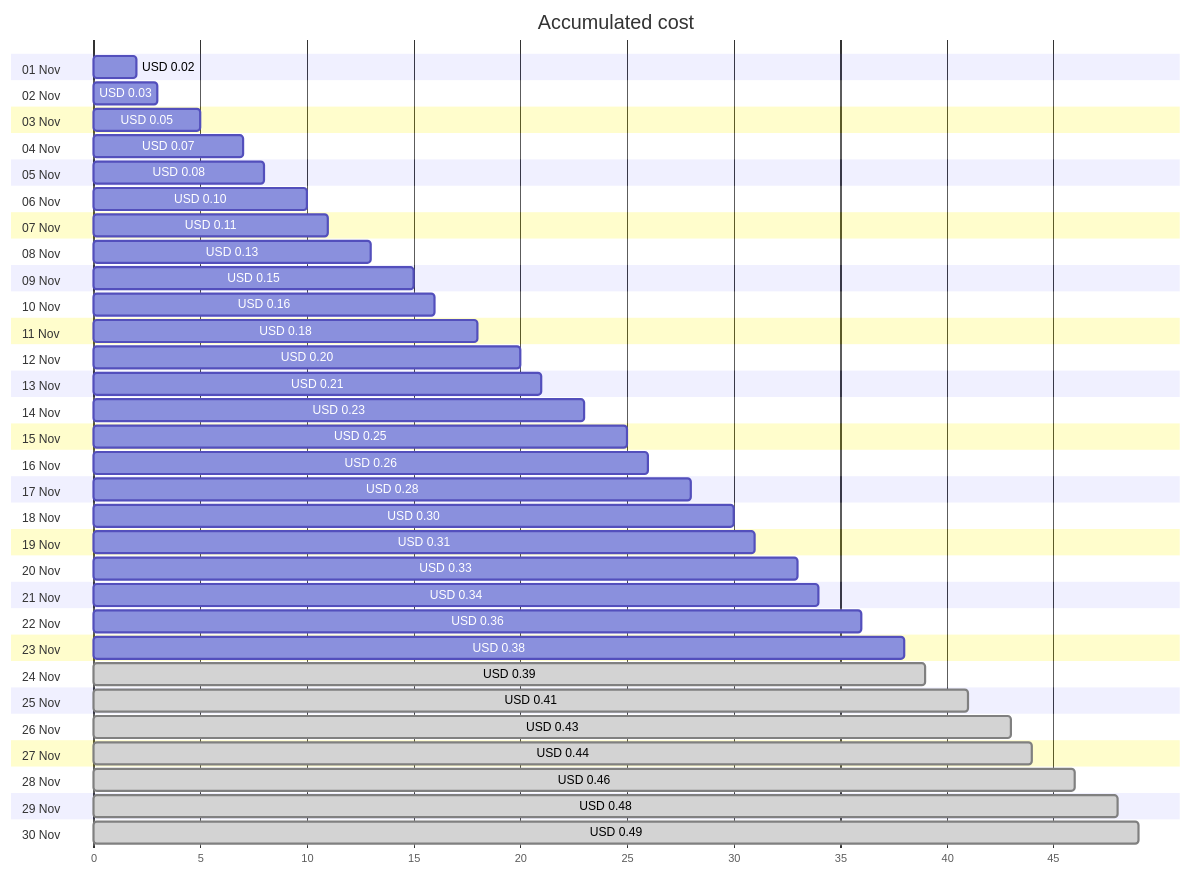
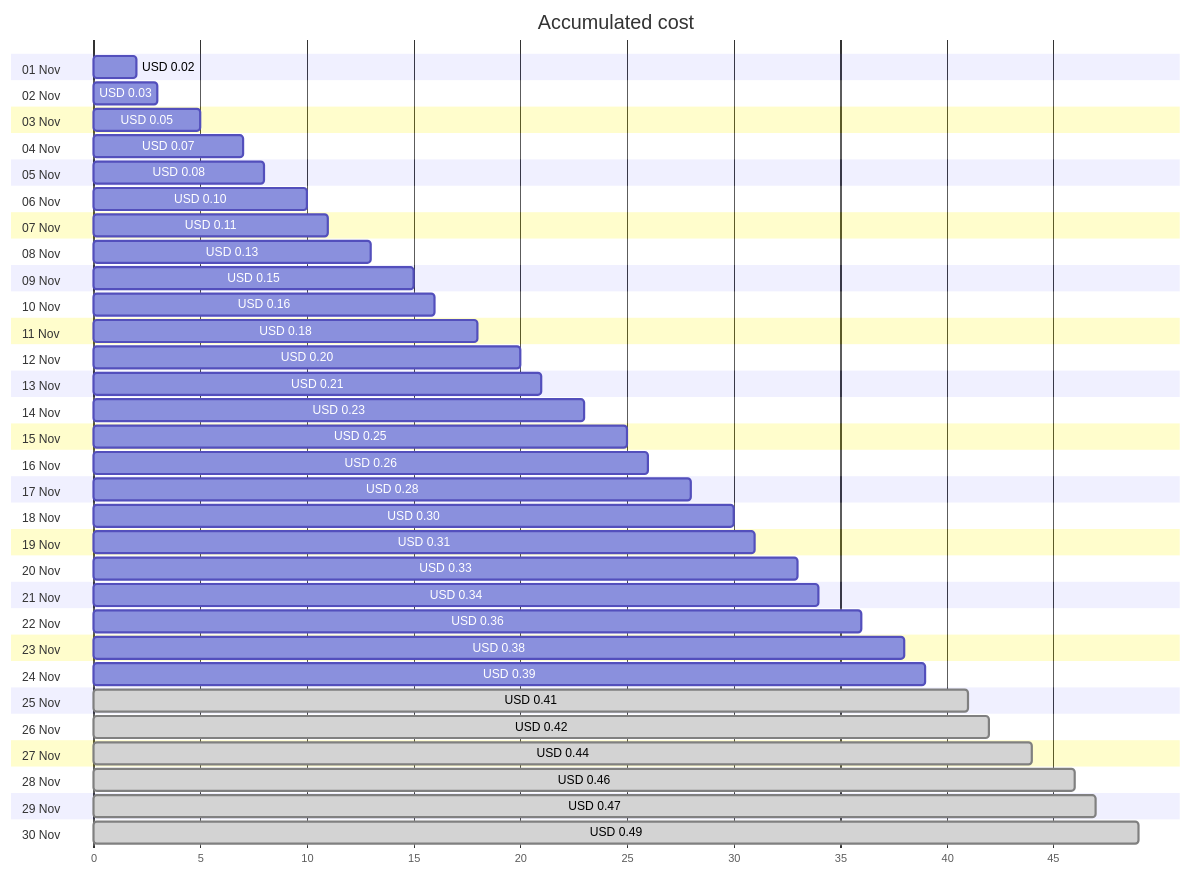
The first of 4 diagrams in cost-reports/personal-dns/jpatrickfulton.dev.md (jpfulton/azure-personal-reports), drawn with Mermaid before and after one commit. The commit also changed other lines of this file and 2 other files, not shown here.

````diff
--- a/cost-reports/personal-dns/jpatrickfulton.dev.md
+++ b/cost-reports/personal-dns/jpatrickfulton.dev.md
@@ -20,66 +20,66 @@
 ```mermaid
 gantt
    title Accumulated cost
    dateFormat  X
    axisFormat %s
    section 01 Nov
    USD 0.02 :0, 2
    section 02 Nov
    USD 0.03 :0, 3
    section 03 Nov
    USD 0.05 :0, 5
    section 04 Nov
    USD 0.07 :0, 7
    section 05 Nov
    USD 0.08 :0, 8
    section 06 Nov
    USD 0.10 :0, 10
    section 07 Nov
    USD 0.11 :0, 11
    section 08 Nov
    USD 0.13 :0, 13
    section 09 Nov
    USD 0.15 :0, 15
    section 10 Nov
    USD 0.16 :0, 16
    section 11 Nov
    USD 0.18 :0, 18
    section 12 Nov
    USD 0.20 :0, 20
    section 13 Nov
    USD 0.21 :0, 21
    section 14 Nov
    USD 0.23 :0, 23
    section 15 Nov
    USD 0.25 :0, 25
    section 16 Nov
    USD 0.26 :0, 26
    section 17 Nov
    USD 0.28 :0, 28
    section 18 Nov
    USD 0.30 :0, 30
    section 19 Nov
    USD 0.31 :0, 31
    section 20 Nov
    USD 0.33 :0, 33
    section 21 Nov
    USD 0.34 :0, 34
    section 22 Nov
    USD 0.36 :0, 36
    section 23 Nov
    USD 0.38 :0, 38
    section 24 Nov
-   USD 0.39 : done, 0, 39
+   USD 0.39 :0, 39
    section 25 Nov
    USD 0.41 : done, 0, 41
    section 26 Nov
-   USD 0.43 : done, 0, 43
+   USD 0.42 : done, 0, 42
    section 27 Nov
    USD 0.44 : done, 0, 44
    section 28 Nov
    USD 0.46 : done, 0, 46
    section 29 Nov
-   USD 0.48 : done, 0, 48
+   USD 0.47 : done, 0, 47
    section 30 Nov
    USD 0.49 : done, 0, 49
 ```
````
